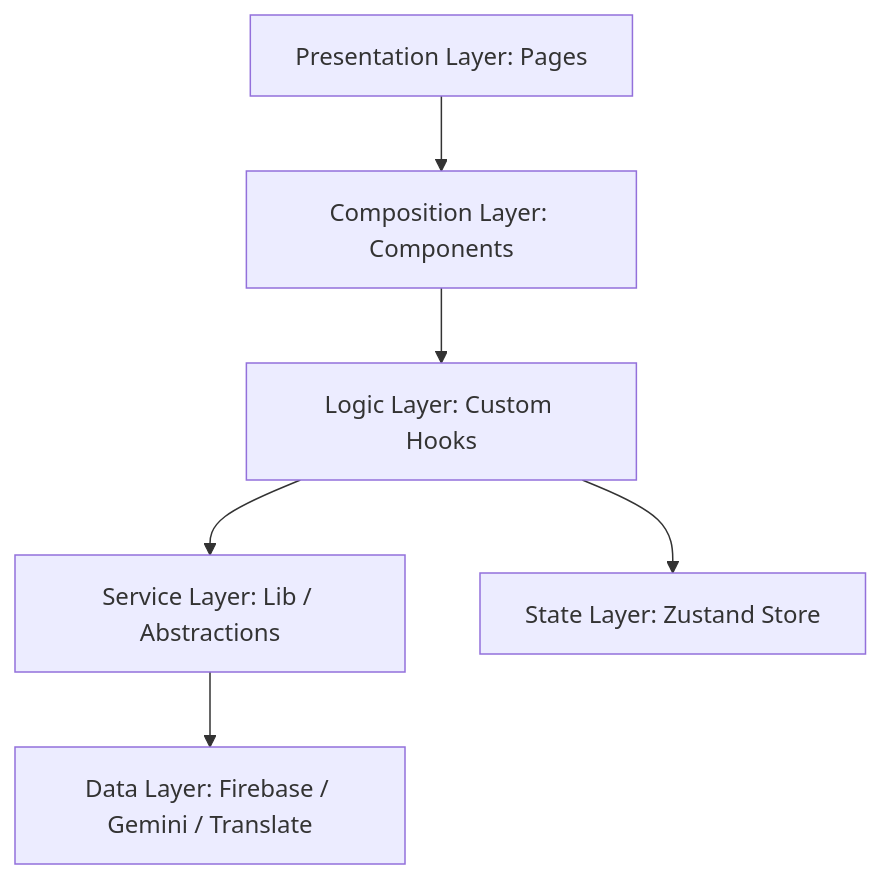
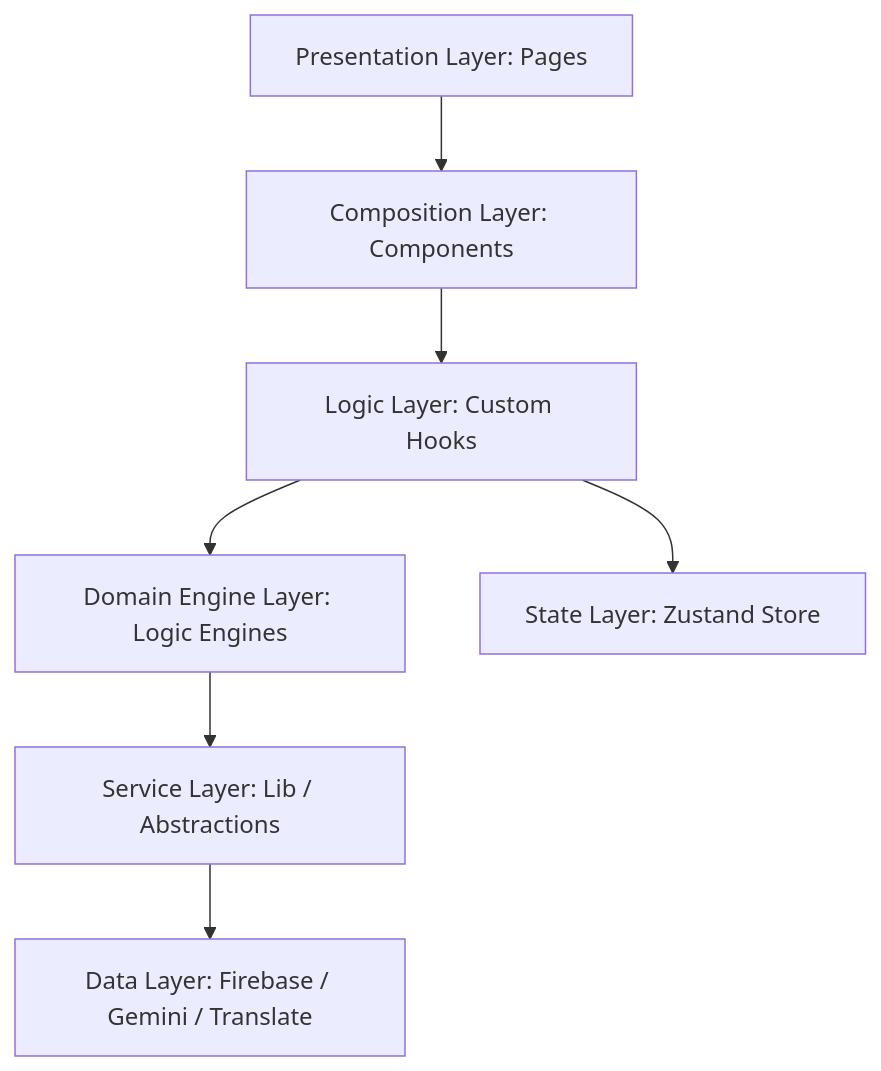
Before and after one commit to Priyansh-Bharti/CivicIQ: the diagram in CODE_QUALITY.md, drawn with Mermaid. The commit also changed other lines of this file and 44 other files, not shown here.

````diff
--- a/CODE_QUALITY.md
+++ b/CODE_QUALITY.md
@@ -34,8 +34,9 @@
 ```mermaid
 graph TD
     A[Presentation Layer: Pages] --> B[Composition Layer: Components]
     B --> C[Logic Layer: Custom Hooks]
-    C --> D[Service Layer: Lib / Abstractions]
+    C --> G[Domain Engine Layer: Logic Engines]
     C --> E[State Layer: Zustand Store]
+    G --> D[Service Layer: Lib / Abstractions]
     D --> F[Data Layer: Firebase / Gemini / Translate]
 ```
````
